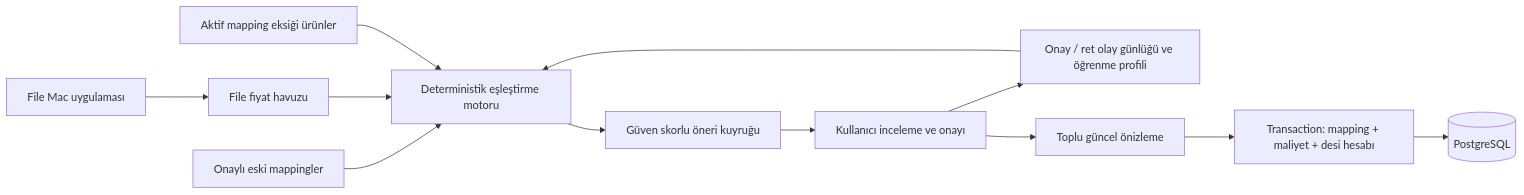
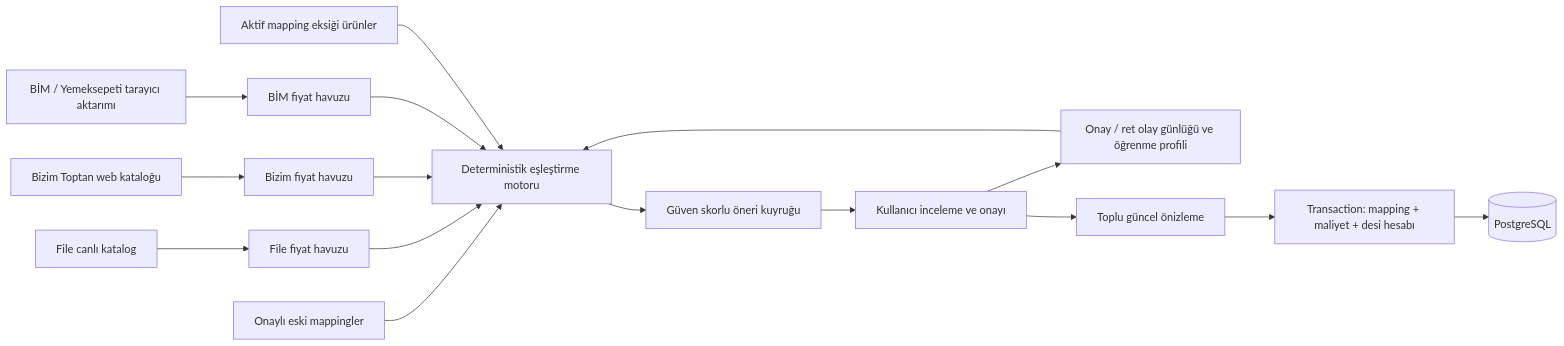
One commit to aslamacigross/aslamaci-repricer changed the third of 3 diagrams in ARCHITECTURE.md. Above: the diagram before and after it, drawn with Mermaid. The commit also changed other lines of this file and 37 other files, not shown here.

````diff
--- a/ARCHITECTURE.md
+++ b/ARCHITECTURE.md
@@ -79,14 +79,18 @@
 ```mermaid
 flowchart LR
-  FILE["File Mac uygulaması"] --> POOL["File fiyat havuzu"]
+  FILE["File canlı katalog"] --> FILEPOOL["File fiyat havuzu"]
+  BIZIM["Bizim Toptan web kataloğu"] --> BIZIMPOOL["Bizim fiyat havuzu"]
+  BIM["BİM / Yemeksepeti tarayıcı aktarımı"] --> BIMPOOL["BİM fiyat havuzu"]
   HISTORY["Onaylı eski mappingler"] --> MATCH["Deterministik eşleştirme motoru"]
-  POOL --> MATCH
+  FILEPOOL --> MATCH
+  BIZIMPOOL --> MATCH
+  BIMPOOL --> MATCH
   PRODUCTS["Aktif mapping eksiği ürünler"] --> MATCH
   MATCH --> QUEUE["Güven skorlu öneri kuyruğu"]
   QUEUE --> REVIEW["Kullanıcı inceleme ve onayı"]
   REVIEW --> FEEDBACK["Onay / ret olay günlüğü ve öğrenme profili"]
   FEEDBACK --> MATCH
   REVIEW --> PREVIEW["Toplu güncel önizleme"]
   PREVIEW --> TX["Transaction: mapping + maliyet + desi hesabı"]
   TX --> DB[(PostgreSQL)]
 ```
````
